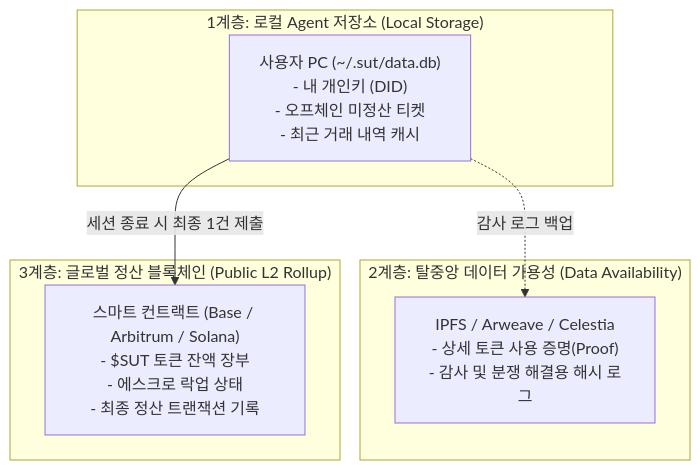
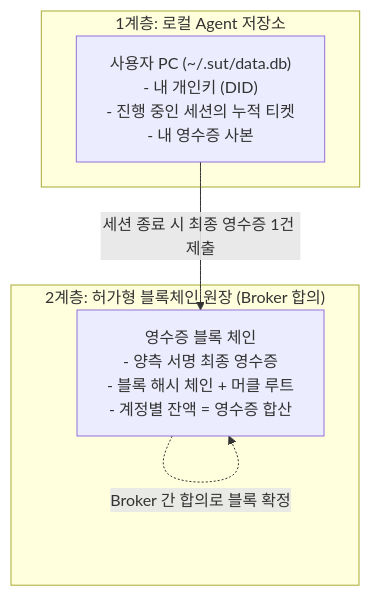
One commit to tanminkwan/share-ur-tokens changed the second of 3 diagrams in docs/ledger-and-settlement.md. Above: the diagram before and after it, drawn with Mermaid. The commit also changed other lines of this file and 12 other files, not shown here.

````diff
--- a/docs/ledger-and-settlement.md
+++ b/docs/ledger-and-settlement.md
@@ -11,17 +45,13 @@
 ```mermaid
 flowchart TD
-    subgraph L1_Local["1계층: 로컬 Agent 저장소 (Local Storage)"]
-        LocalDB["사용자 PC (~/.sut/data.db)\n- 내 개인키 (DID)\n- 오프체인 미정산 티켓\n- 최근 거래 내역 캐시"]
+    subgraph L1_Local["1계층: 로컬 Agent 저장소"]
+        LocalDB["사용자 PC (~/.sut/data.db)<br/>- 내 개인키 (DID)<br/>- 진행 중인 세션의 누적 티켓<br/>- 내 영수증 사본"]
     end
 
-    subgraph L2_DA["2계층: 탈중앙 데이터 가용성 (Data Availability)"]
-        DA["IPFS / Arweave / Celestia\n- 상세 토큰 사용 증명(Proof)\n- 감사 및 분쟁 해결용 해시 로그"]
+    subgraph L2_Ledger["2계층: 허가형 블록체인 원장 (Broker 합의)"]
+        Ledger["영수증 블록 체인<br/>- 양측 서명 최종 영수증<br/>- 블록 해시 체인 + 머클 루트<br/>- 계정별 잔액 = 영수증 합산"]
     end
 
-    subgraph L3_Chain["3계층: 글로벌 정산 블록체인 (Public L2 Rollup)"]
-        SmartContract["스마트 컨트랙트 (Base / Arbitrum / Solana)\n- $SUT 토큰 잔액 장부\n- 에스크로 락업 상태\n- 최종 정산 트랜잭션 기록"]
-    end
-
-    LocalDB -->|"세션 종료 시 최종 1건 제출"| SmartContract
-    LocalDB -.->|"감사 로그 백업"| DA
+    LocalDB -->|"세션 종료 시 최종 영수증 1건 제출"| Ledger
+    Ledger -.->|"Broker 간 합의로 블록 확정"| Ledger
 ```
````
